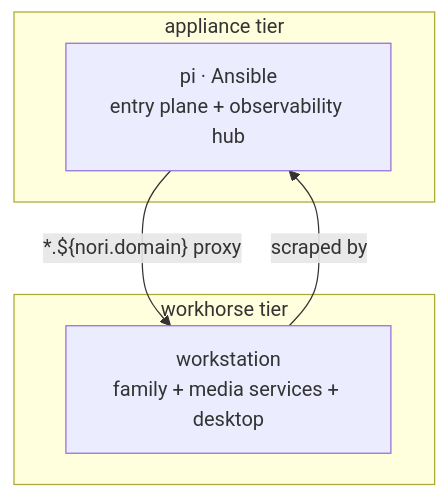
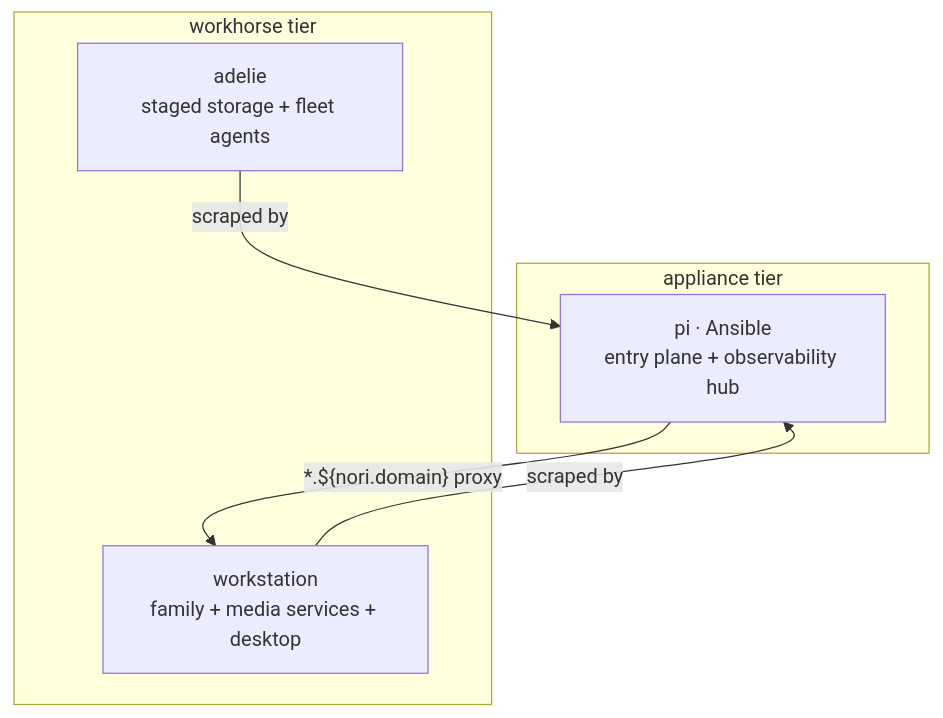
One commit to phibkro/homelab changed the diagram in docs/generated/topology.md. Above: the diagram before and after it, drawn with Mermaid. The commit also changed other lines of this file and 21 other files, not shown here.

````diff
--- a/docs/generated/topology.md
+++ b/docs/generated/topology.md
@@ -25,11 +24,13 @@
 ```mermaid
 graph TB
   subgraph "appliance tier"
     P[pi · Ansible<br/>entry plane + observability hub]
   end
   subgraph "workhorse tier"
+    A[adelie<br/>staged storage + fleet agents]
     W[workstation<br/>family + media services + desktop]
   end
   P -- "*.${nori.domain} proxy" --> W
+  A -- "scraped by" --> P
   W -- "scraped by" --> P
 ```
````
